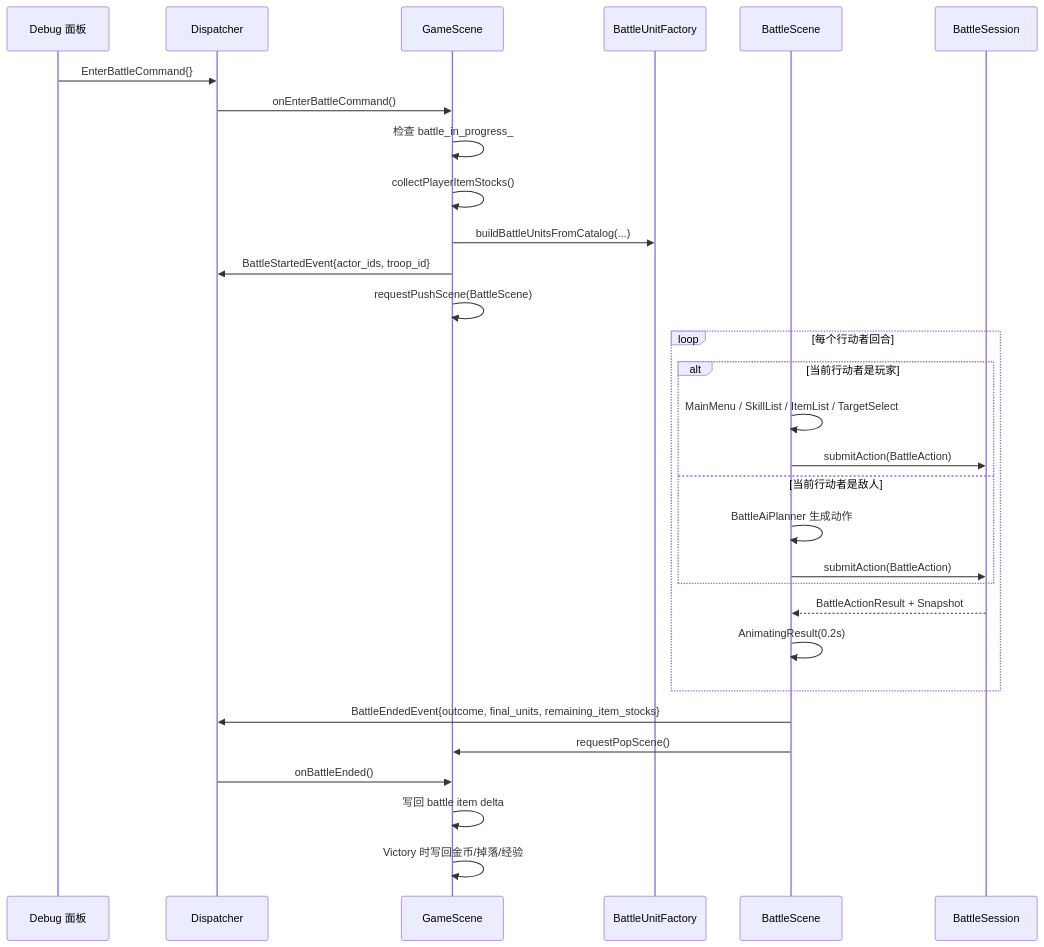
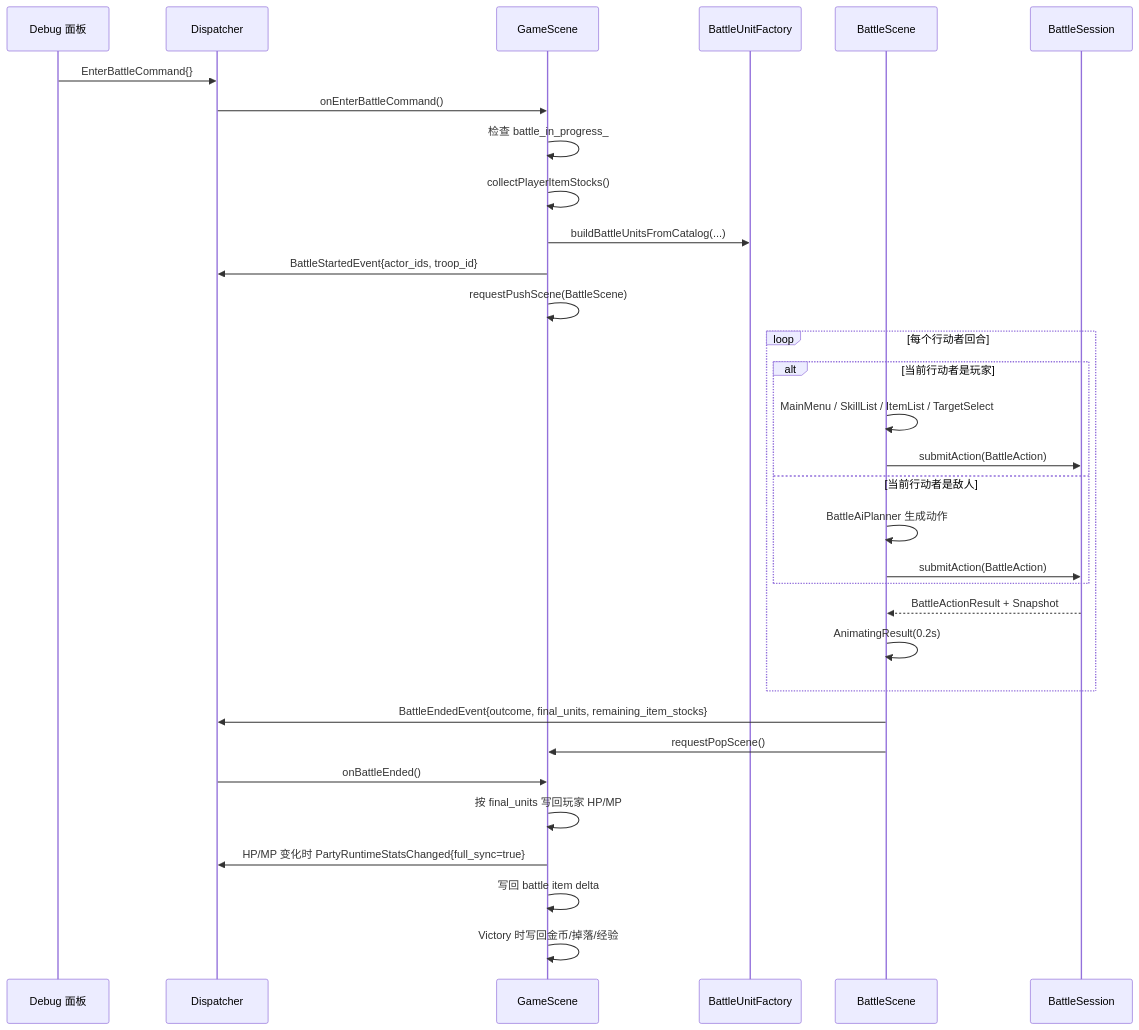
Before and after one commit to WispSnow/TinyFarmRPG: the eighth of 8 diagrams in docs/gameplay/turn-based-battle.md, drawn with Mermaid. The commit also changed other lines of this file and 12 other files, not shown here.

````diff
--- a/docs/gameplay/turn-based-battle.md
+++ b/docs/gameplay/turn-based-battle.md
@@ -427,35 +459,37 @@
 ```mermaid
 sequenceDiagram
     participant DBG as Debug 面板
     participant D as Dispatcher
     participant GS as GameScene
     participant BUF as BattleUnitFactory
     participant BS as BattleScene
     participant SE as BattleSession
 
     DBG->>D: EnterBattleCommand{}
     D->>GS: onEnterBattleCommand()
     GS->>GS: 检查 battle_in_progress_
     GS->>GS: collectPlayerItemStocks()
     GS->>BUF: buildBattleUnitsFromCatalog(...)
     GS->>D: BattleStartedEvent{actor_ids, troop_id}
     GS->>GS: requestPushScene(BattleScene)
 
     loop 每个行动者回合
         alt 当前行动者是玩家
             BS->>BS: MainMenu / SkillList / ItemList / TargetSelect
             BS->>SE: submitAction(BattleAction)
         else 当前行动者是敌人
             BS->>BS: BattleAiPlanner 生成动作
             BS->>SE: submitAction(BattleAction)
         end
         SE-->>BS: BattleActionResult + Snapshot
         BS->>BS: AnimatingResult(0.2s)
     end
 
     BS->>D: BattleEndedEvent{outcome, final_units, remaining_item_stocks}
     BS->>GS: requestPopScene()
     D->>GS: onBattleEnded()
+    GS->>GS: 按 final_units 写回玩家 HP/MP
+    GS->>D: HP/MP 变化时 PartyRuntimeStatsChanged{full_sync=true}
     GS->>GS: 写回 battle item delta
     GS->>GS: Victory 时写回金币/掉落/经验
 ```
````
